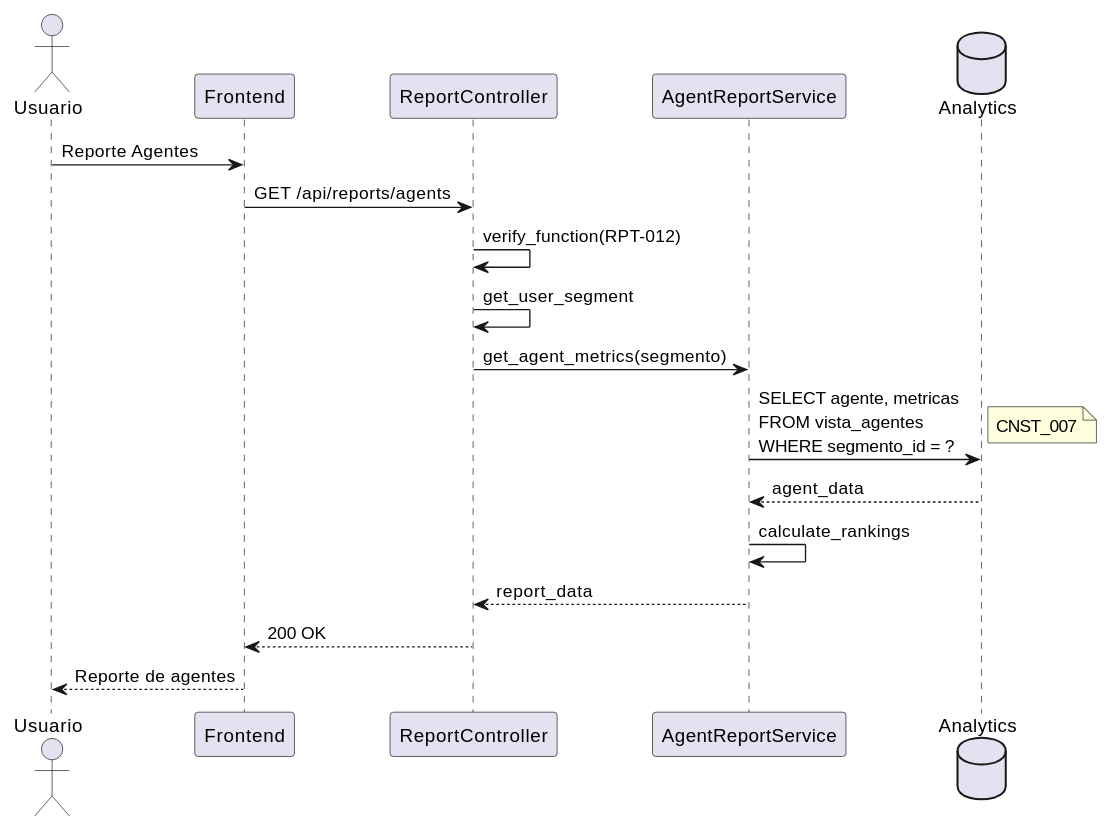
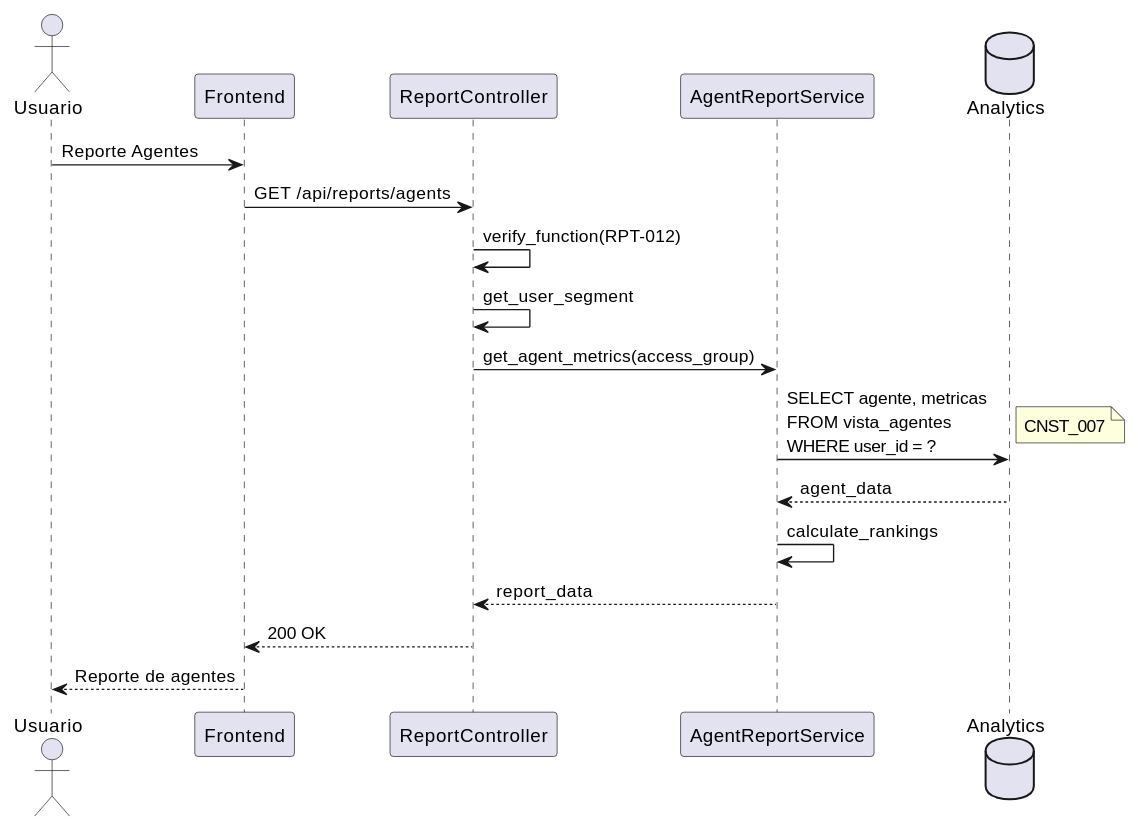
Before and after one commit to jcg-admin/IACT-docs: the second of 3 diagrams in source/requisitos/casos-uso/reports/uc-rpt-12-ver-reporte-agentes.rst, drawn with PlantUML. The commit also changed other lines of this file and 14 other files, not shown here.

```diff
--- a/source/requisitos/casos-uso/reports/uc-rpt-12-ver-reporte-agentes.rst
+++ b/source/requisitos/casos-uso/reports/uc-rpt-12-ver-reporte-agentes.rst
@@ -140,23 +140,23 @@
 .. uml::
  :caption: Diagrama de Secuencia - UC_RPT_12
 
  @startuml
  actor "Usuario" as U
  participant "Frontend" as FE
  participant "ReportController" as RC
  participant "AgentReportService" as ARS
  database "Analytics" as DB
 
  U -> FE: Reporte Agentes
  FE -> RC: GET /api/reports/agents
  RC -> RC: verify_function(RPT-012)
  RC -> RC: get_user_segment
- RC -> ARS: get_agent_metrics(segmento)
- ARS -> DB: SELECT agente, metricas\nFROM vista_agentes\nWHERE segmento_id = ?
+ RC -> ARS: get_agent_metrics(access_group)
+ ARS -> DB: SELECT agente, metricas\nFROM vista_agentes\nWHERE user_id = ?
  note right: CNST_007
  DB --> ARS: agent_data
  ARS -> ARS: calculate_rankings
  ARS --> RC: report_data
  RC --> FE: 200 OK
  FE --> U: Reporte de agentes
  @enduml
```
